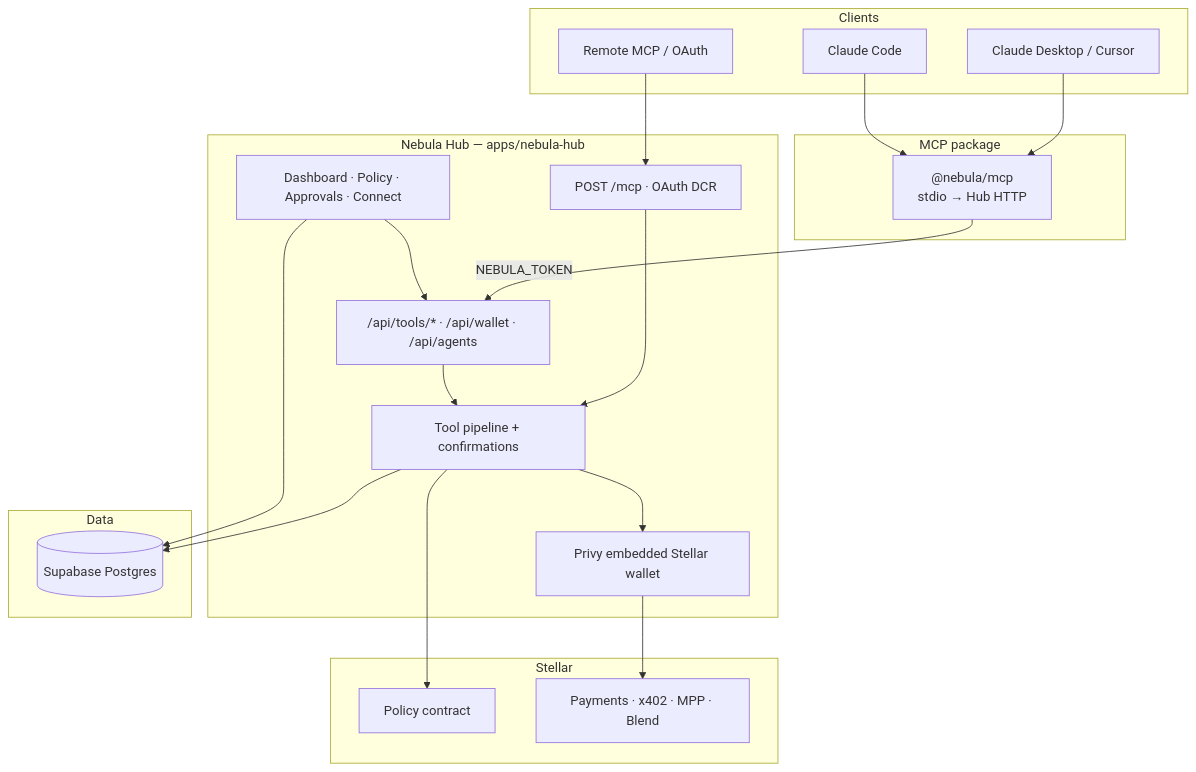
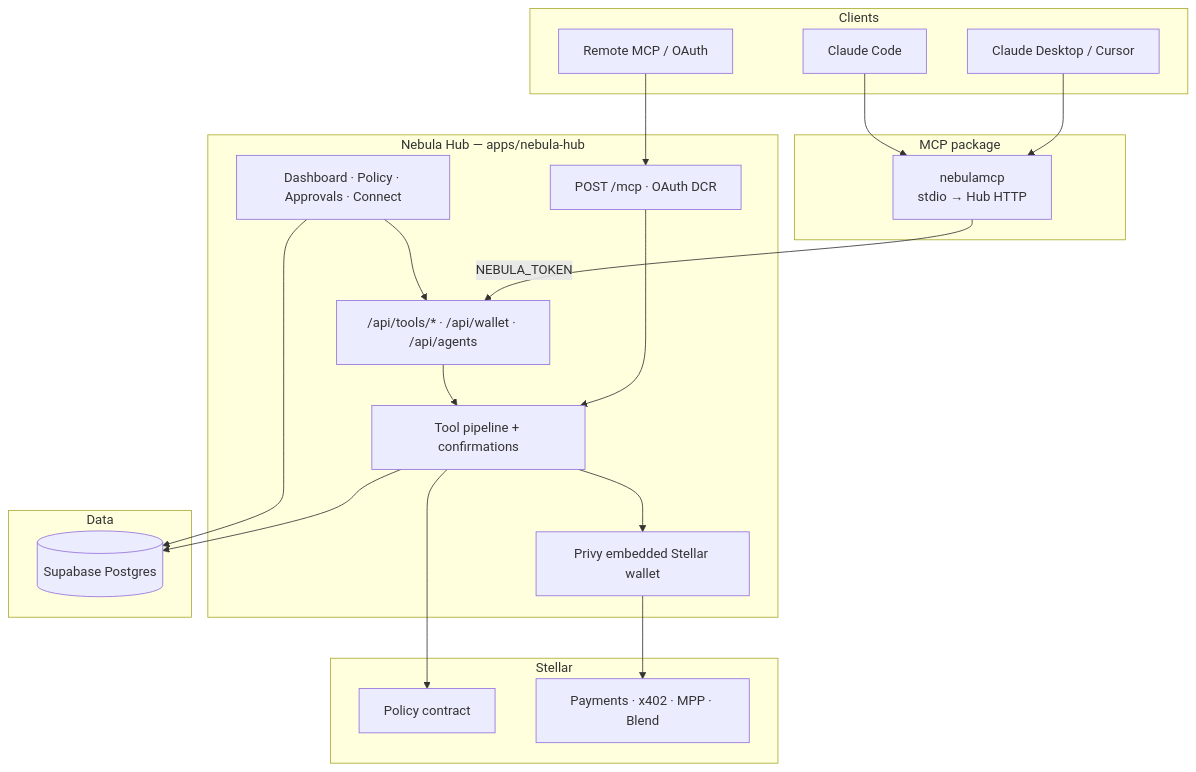
The diagram in README.md (Caerlower/Nebula), drawn with Mermaid before and after one commit. The commit also changed other lines of this file and 41 other files, not shown here.

````diff
--- a/README.md
+++ b/README.md
@@ -13,42 +13,42 @@
 ```mermaid
 flowchart TB
   subgraph clients [Clients]
     CD[Claude Desktop / Cursor]
     CC[Claude Code]
     RM[Remote MCP / OAuth]
   end
 
   subgraph npm [MCP package]
-    STDIO["@nebula/mcp<br/>stdio → Hub HTTP"]
+    STDIO["nebulamcp<br/>stdio → Hub HTTP"]
   end
 
   subgraph hub [Nebula Hub — apps/nebula-hub]
     UI[Dashboard · Policy · Approvals · Connect]
     API["/api/tools/* · /api/wallet · /api/agents"]
     MCP["POST /mcp · OAuth DCR"]
     PIPE[Tool pipeline + confirmations]
     PRIVY[Privy embedded Stellar wallet]
   end
 
   subgraph chain [Stellar]
     POL[Policy contract]
     NET[Payments · x402 · MPP · Blend]
   end
 
   subgraph data [Data]
     SB[(Supabase Postgres)]
   end
 
   CD --> STDIO
   CC --> STDIO
   STDIO -->|"NEBULA_TOKEN"| API
   RM --> MCP
   MCP --> PIPE
   API --> PIPE
   UI --> API
   PIPE --> PRIVY
   PIPE --> POL
   PRIVY --> NET
   PIPE --> SB
   UI --> SB
 ```
````
